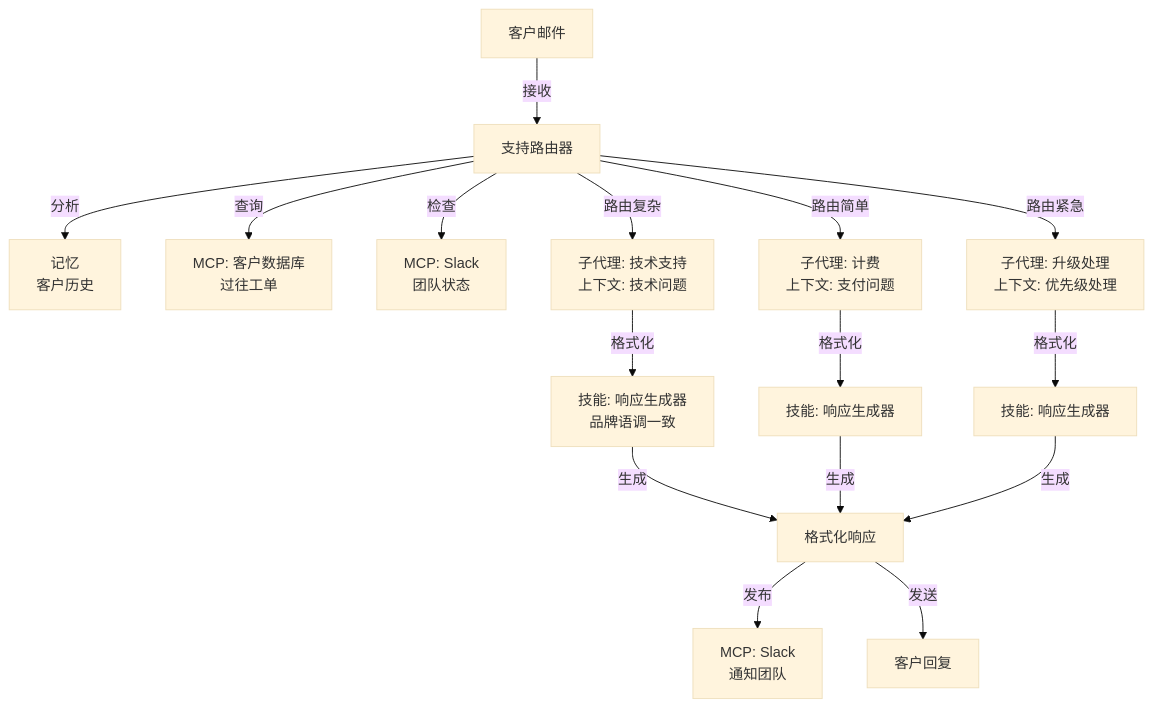
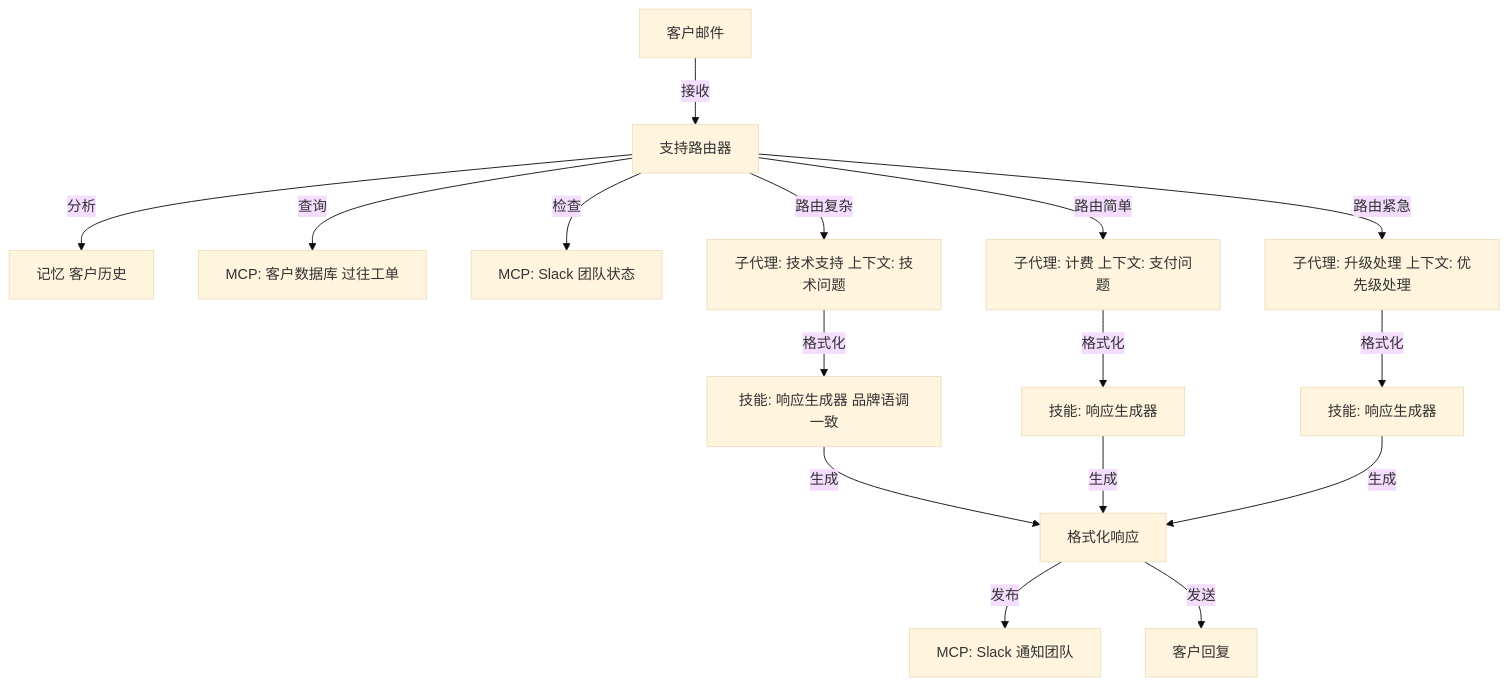
Before and after one commit to Rx782-Fss/claude-howto-zh: diagram 28 of 31 in claude_concepts_guide.md, drawn with Mermaid (base theme). The commit also changed other lines of this file and 5 other files, not shown here.

Commit message:
fix: Mermaid 内全角括号/问号/emoji/<br/> 改为半角ASCII避免 GitHub 渲染失败

````diff
--- a/claude_concepts_guide.md
+++ b/claude_concepts_guide.md
@@ -2606,23 +2606,23 @@
 ```mermaid
 graph TB
     Customer["客户邮件"] -->|接收| Router["支持路由器"]
 
-    Router -->|分析| Memory["记忆<br/>客户历史"]
-    Router -->|查询| MCP1["MCP: 客户数据库<br/>过往工单"]
-    Router -->|检查| MCP2["MCP: Slack<br/>团队状态"]
+    Router -->|分析| Memory["记忆 客户历史"]
+    Router -->|查询| MCP1["MCP: 客户数据库 过往工单"]
+    Router -->|检查| MCP2["MCP: Slack 团队状态"]
 
-    Router -->|路由复杂| Sub1["子代理: 技术支持<br/>上下文: 技术问题"]
-    Router -->|路由简单| Sub2["子代理: 计费<br/>上下文: 支付问题"]
-    Router -->|路由紧急| Sub3["子代理: 升级处理<br/>上下文: 优先级处理"]
+    Router -->|路由复杂| Sub1["子代理: 技术支持 上下文: 技术问题"]
+    Router -->|路由简单| Sub2["子代理: 计费 上下文: 支付问题"]
+    Router -->|路由紧急| Sub3["子代理: 升级处理 上下文: 优先级处理"]
 
-    Sub1 -->|格式化| Skill1["技能: 响应生成器<br/>品牌语调一致"]
+    Sub1 -->|格式化| Skill1["技能: 响应生成器 品牌语调一致"]
     Sub2 -->|格式化| Skill2["技能: 响应生成器"]
     Sub3 -->|格式化| Skill3["技能: 响应生成器"]
 
     Skill1 -->|生成| Output["格式化响应"]
     Skill2 -->|生成| Output
     Skill3 -->|生成| Output
 
-    Output -->|发布| MCP3["MCP: Slack<br/>通知团队"]
+    Output -->|发布| MCP3["MCP: Slack 通知团队"]
     Output -->|发送| Reply["客户回复"]
 ```
````
